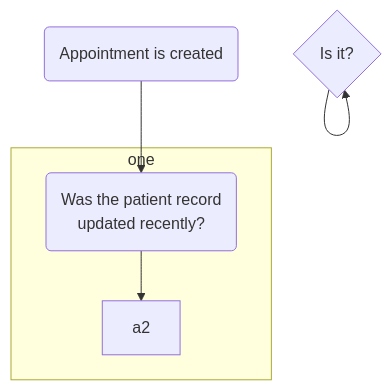
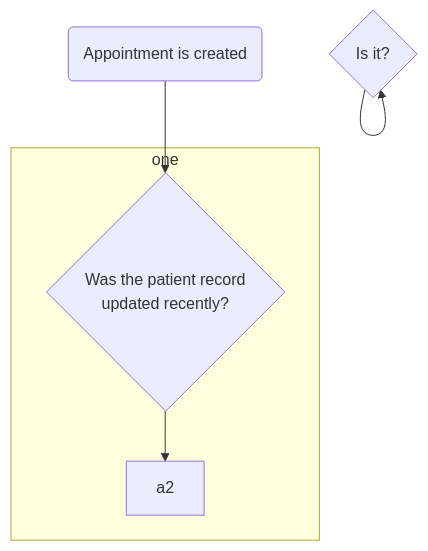
Before and after one commit to oleksii-nikolaienko/Eitri_OpenDIPS: the diagram in Flow.md, drawn with Mermaid.

````diff
--- a/Flow.md
+++ b/Flow.md
@@ -1,8 +1,8 @@
 ```mermaid
   graph TD;
-      create_appoint(Appointment is created)-->when_updated(Was the patient record\nupdated recently?);
+      create_appoint(Appointment is created)-->when_updated{Was the patient record\nupdated recently?};
       subgraph one
         when_updated-->a2
       end
       B-->B{Is it?};
 ```
````
